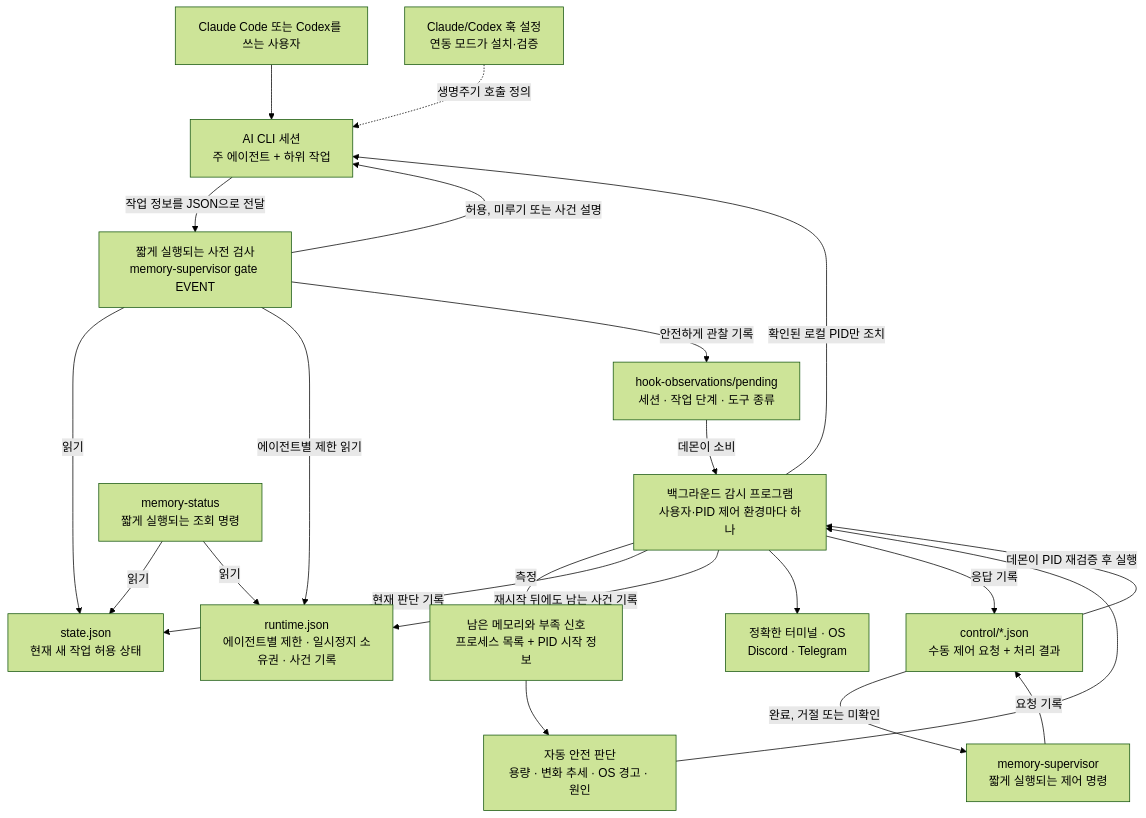
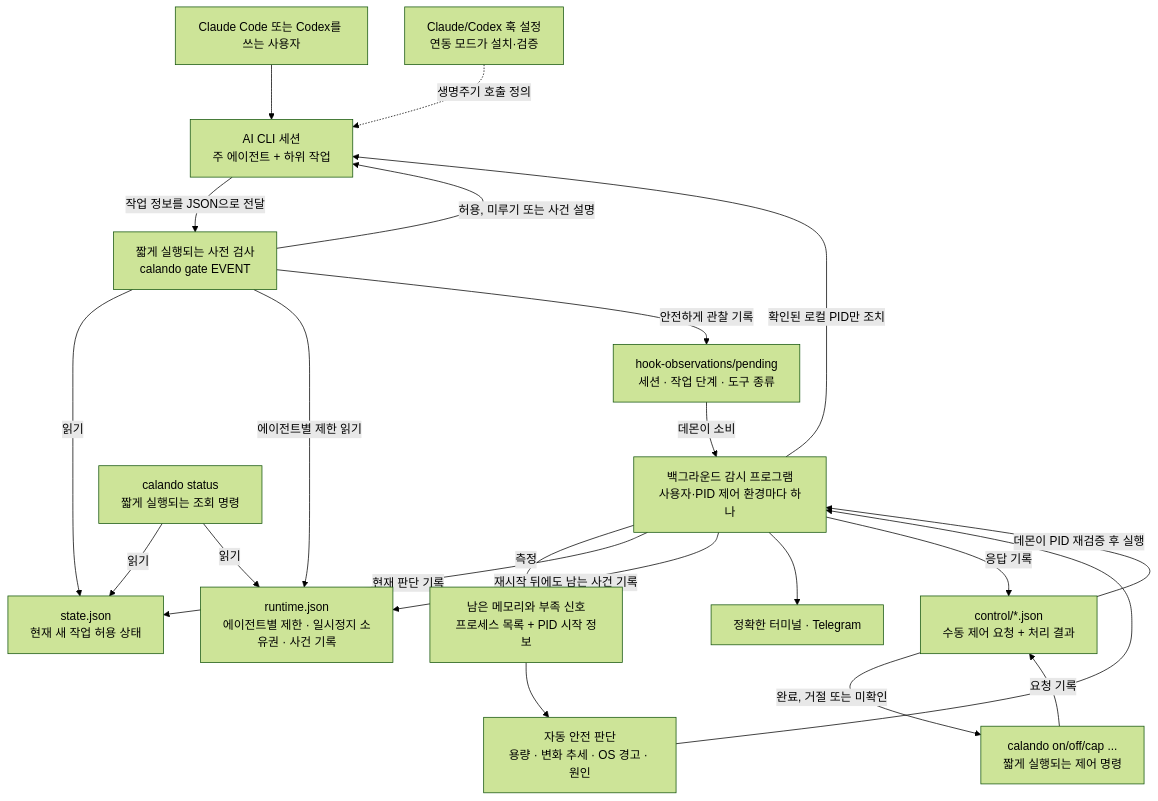
Before and after one commit to lssLab/Calando: the first of 3 diagrams in docs/guides/architecture.ko.md, drawn with Mermaid (forest theme). The commit also changed other lines of this file and 78 other files, not shown here.

````diff
--- a/docs/guides/architecture.ko.md
+++ b/docs/guides/architecture.ko.md
@@ -49,41 +49,41 @@
 ```mermaid
 flowchart TB
     User["Claude Code 또는 Codex를 쓰는 사용자"]
     AI["AI CLI 세션<br/>주 에이전트 + 하위 작업"]
-    Gate["짧게 실행되는 사전 검사<br/>memory-supervisor gate EVENT"]
+    Gate["짧게 실행되는 사전 검사<br/>calando gate EVENT"]
     Daemon["백그라운드 감시 프로그램<br/>사용자·PID 제어 환경마다 하나"]
     Sensors["남은 메모리와 부족 신호<br/>프로세스 목록 + PID 시작 정보"]
     Policy["자동 안전 판단<br/>용량 · 변화 추세 · OS 경고 · 원인"]
     State["state.json<br/>현재 새 작업 허용 상태"]
     Runtime["runtime.json<br/>에이전트별 제한 · 일시정지 소유권 · 사건 기록"]
     Observations["hook-observations/pending<br/>세션 · 작업 단계 · 도구 종류"]
     Queue["control/*.json<br/>수동 제어 요청 + 처리 결과"]
-    Status["memory-status<br/>짧게 실행되는 조회 명령"]
-    Control["memory-supervisor<br/>짧게 실행되는 제어 명령"]
-    Notice["정확한 터미널 · OS<br/>Discord · Telegram"]
+    Status["calando status<br/>짧게 실행되는 조회 명령"]
+    Control["calando on/off/cap ...<br/>짧게 실행되는 제어 명령"]
+    Notice["정확한 터미널 · Telegram"]
     HookFiles["Claude/Codex 훅 설정<br/>연동 모드가 설치·검증"]
 
     User --> AI
     HookFiles -. "생명주기 호출 정의" .-> AI
     AI -->|"작업 정보를 JSON으로 전달"| Gate
     Gate -->|"허용, 미루기 또는 사건 설명"| AI
     Gate -->|"읽기"| State
     Gate -->|"에이전트별 제한 읽기"| Runtime
     Gate -->|"안전하게 관찰 기록"| Observations
 
     Daemon -->|"측정"| Sensors
     Sensors --> Policy
     Policy --> Daemon
     Observations -->|"데몬이 소비"| Daemon
     Daemon -->|"현재 판단 기록"| State
     Daemon -->|"재시작 뒤에도 남는 사건 기록"| Runtime
     Daemon -->|"확인된 로컬 PID만 조치"| AI
     Daemon --> Notice
 
     Status -->|"읽기"| State
     Status -->|"읽기"| Runtime
     Control -->|"요청 기록"| Queue
     Queue -->|"데몬이 PID 재검증 후 실행"| Daemon
     Daemon -->|"응답 기록"| Queue
     Queue -->|"완료, 거절 또는 미확인"| Control
 ```
````
